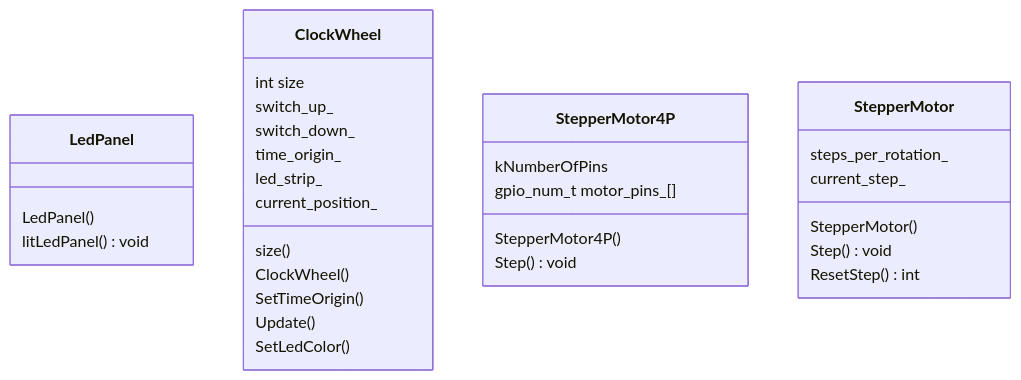
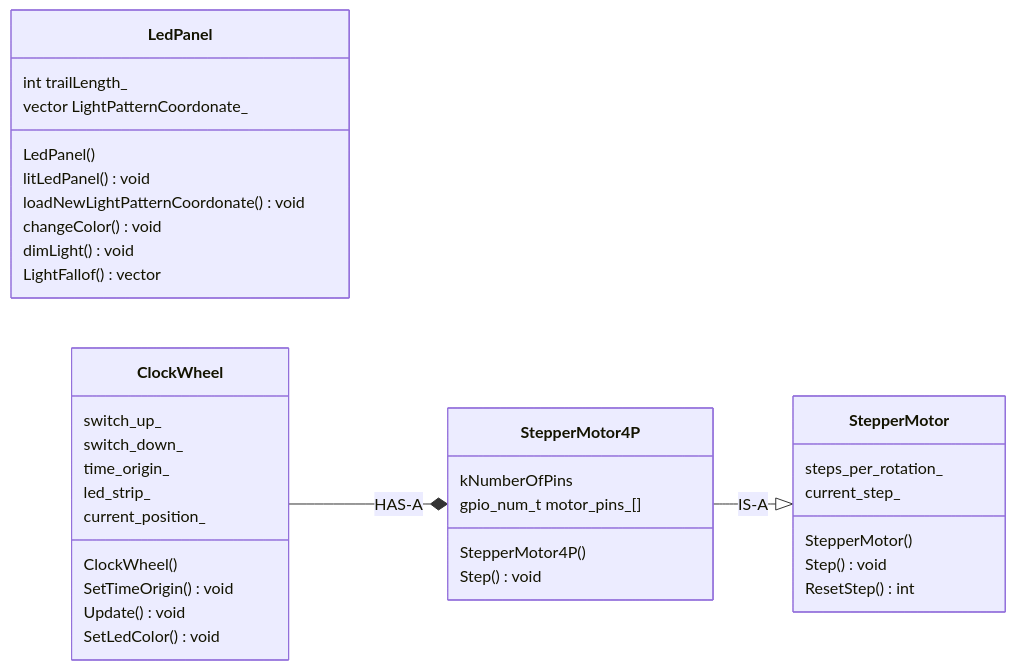
One commit to electro-cafe/electro-cafe.github.io changed the first of 2 diagrams in docs/blog/posts/C++ case study.md. Above: the diagram before and after it, drawn with Mermaid.

Commit message:
MAJ case study UML diagram

````diff
--- a/docs/blog/posts/C++ case study.md
+++ b/docs/blog/posts/C++ case study.md
@@ -155,34 +155,41 @@
 ```mermaid
 classDiagram
 class LedPanel
+LedPanel : int trailLength_
+LedPanel : vector LightPatternCoordonate_
 LedPanel : LedPanel() 
 LedPanel : litLedPanel() void
+LedPanel : loadNewLightPatternCoordonate() void
+LedPanel : changeColor() void
+LedPanel : dimLight() void
+LedPanel : LightFallof() vector
+
 
 class ClockWheel
-ClockWheel : int size
 ClockWheel : switch_up_
 ClockWheel : switch_down_
 ClockWheel : time_origin_
 ClockWheel : led_strip_
 ClockWheel : current_position_
-ClockWheel : size()
 ClockWheel : ClockWheel()
-ClockWheel : SetTimeOrigin()
-ClockWheel : Update()
-ClockWheel : SetLedColor()
+ClockWheel : SetTimeOrigin() void
+ClockWheel : Update() void
+ClockWheel : SetLedColor() void
+ClockWheel --* StepperMotor4P : HAS-A
 
-
+direction LR
 class StepperMotor4P
 StepperMotor4P : kNumberOfPins
 StepperMotor4P : gpio_num_t motor_pins_[]
 StepperMotor4P : StepperMotor4P()
 StepperMotor4P : Step() void
+StepperMotor4P --|> StepperMotor : IS-A  
 
 class StepperMotor
-StepperMotor : steps_per_rotation_
+StepperMotor : steps_per_rotation_ 
 StepperMotor : current_step_
 StepperMotor : StepperMotor()
 StepperMotor : Step() void
 StepperMotor : ResetStep() int
 
 ```
````
